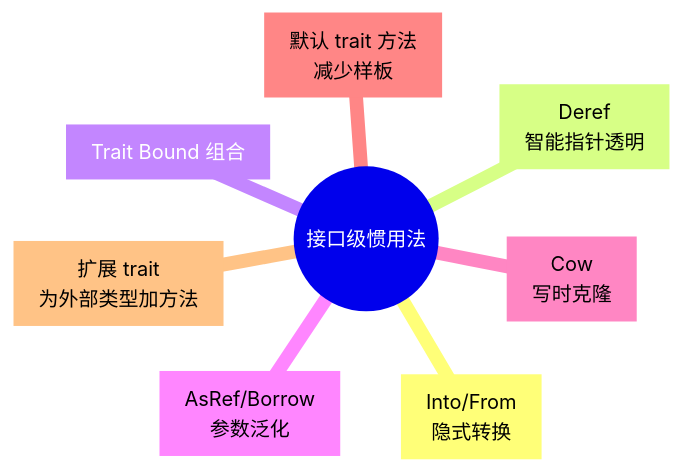
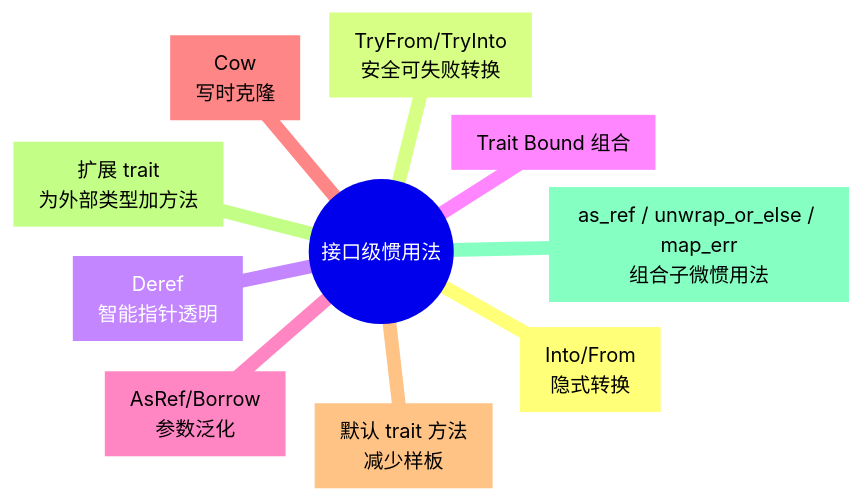
One commit to martin-ly/rust-lang changed the tenth of 34 diagrams in concept/06_ecosystem/03_design_patterns/02_idioms_spectrum.md. Above: the diagram before and after it, drawn with Mermaid. The commit also changed other lines of this file and 58 other files, not shown here.

````diff
--- a/concept/06_ecosystem/03_design_patterns/02_idioms_spectrum.md
+++ b/concept/06_ecosystem/03_design_patterns/02_idioms_spectrum.md
@@ -1207,11 +1217,13 @@
 ```mermaid
 mindmap
   root((接口级惯用法))
     IntoFrom[Into/From<br/>隐式转换]
+    TryFromInto[TryFrom/TryInto<br/>安全可失败转换]
     Deref[Deref<br/>智能指针透明]
     TraitBounds[Trait Bound 组合]
     AsRefBorrow[AsRef/Borrow<br/>参数泛化]
     Cow[Cow<T><br/>写时克隆]
     DefaultMethod[默认 trait 方法<br/>减少样板]
     ExtensionTrait[扩展 trait<br/>为外部类型加方法]
+    MicroCombinators[as_ref / unwrap_or_else / map_err<br/>组合子微惯用法]
 ```
````
